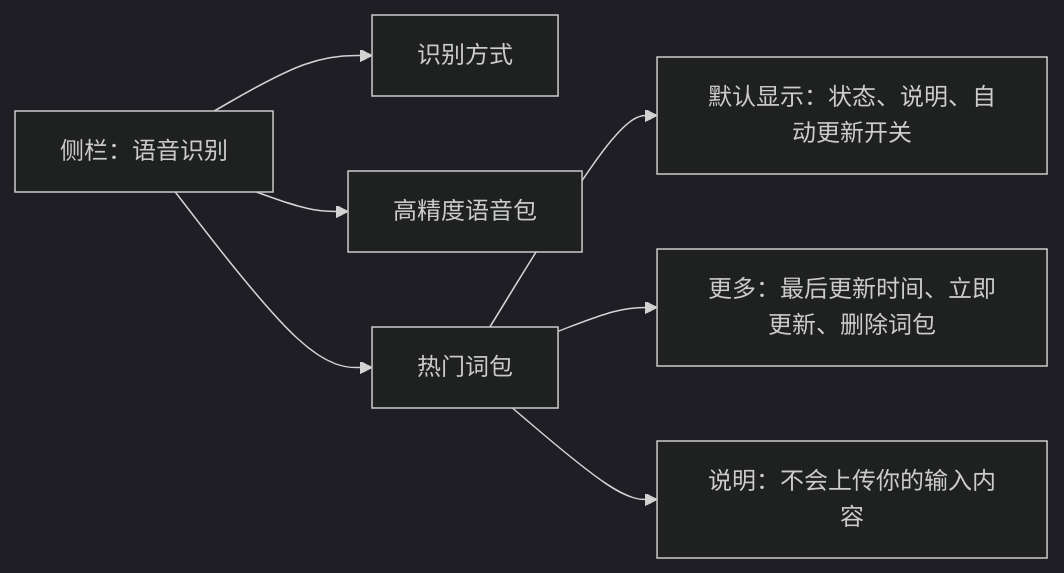
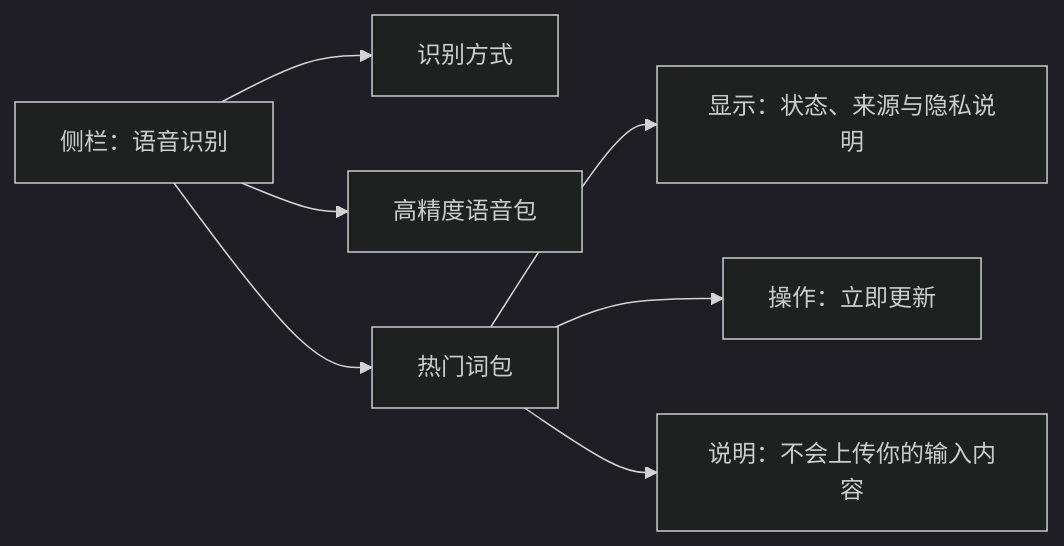
The fourth of 4 diagrams in docs/versions/1.4.0/INTERACTION_FLOW.zh-CN.md (whnnick/readytype), drawn with Mermaid (dark theme) before and after one commit. The commit also changed other lines of this file and 12 other files, not shown here.

````diff
--- a/docs/versions/1.4.0/INTERACTION_FLOW.zh-CN.md
+++ b/docs/versions/1.4.0/INTERACTION_FLOW.zh-CN.md
@@ -75,9 +69,9 @@
 ```mermaid
 flowchart LR
     A["侧栏：语音识别"] --> B["识别方式"]
     A --> C["高精度语音包"]
     A --> D["热门词包"]
-    D --> E["默认显示：状态、说明、自动更新开关"]
-    D --> F["更多：最后更新时间、立即更新、删除词包"]
+    D --> E["显示：状态、来源与隐私说明"]
+    D --> F["操作：立即更新"]
     D --> G["说明：不会上传你的输入内容"]
 ```
````
